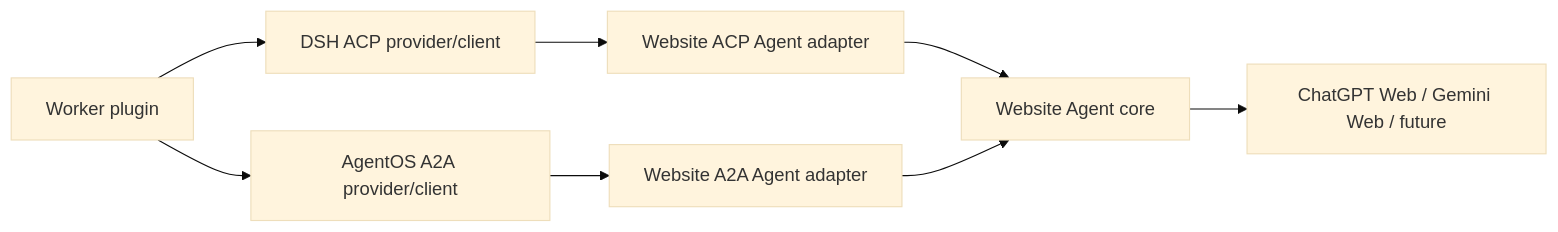
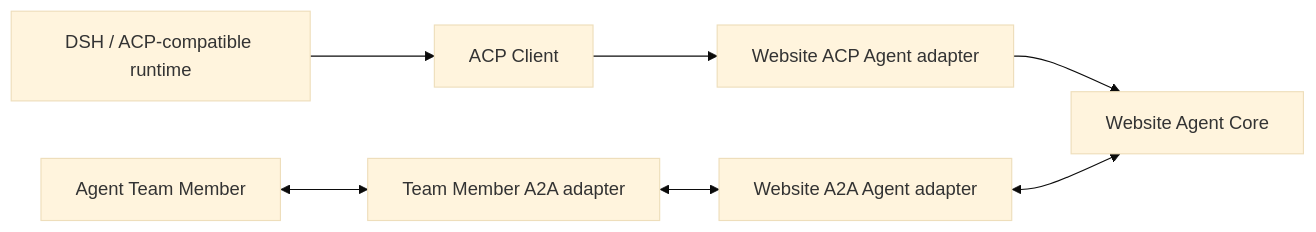
The diagram in docs/architecture/plugins/website-agent/adapters.md (tsuuanmi/AgentOS), drawn with Mermaid (base theme) before and after one commit. The commit also changed other lines of this file, not shown here.

Commit message:
docs: separate Website ACP runtime port from A2A peer port

```diff
--- a/docs/architecture/plugins/website-agent/adapters.md
+++ b/docs/architecture/plugins/website-agent/adapters.md
@@ -9,23 +18,17 @@
 ~~~mermaid
 flowchart LR
-    Worker[Worker plugin]
+    Runtime[DSH / ACP-compatible runtime]
+    ACPClient[ACP Client]
+    ACPAdapter[Website ACP Agent adapter]
 
-    DshAcp[DSH ACP provider/client]
-    A2AClient[AgentOS A2A provider/client]
-
-    ACPAdapter[Website ACP Agent adapter]
+    Member[Agent Team Member]
+    MemberA2A[Team Member A2A adapter]
     A2AAdapter[Website A2A Agent adapter]
 
-    Core[Website Agent core]
-    Providers[ChatGPT Web / Gemini Web / future]
+    Core[Website Agent Core]
 
-    Worker --> DshAcp
-    DshAcp --> ACPAdapter
-
-    Worker --> A2AClient
-    A2AClient --> A2AAdapter
-
-    ACPAdapter --> Core
-    A2AAdapter --> Core
-    Core --> Providers
+    Runtime --> ACPClient --> ACPAdapter --> Core
+    Member <--> MemberA2A
+    MemberA2A <--> A2AAdapter
+    A2AAdapter <--> Core
 ~~~
```
